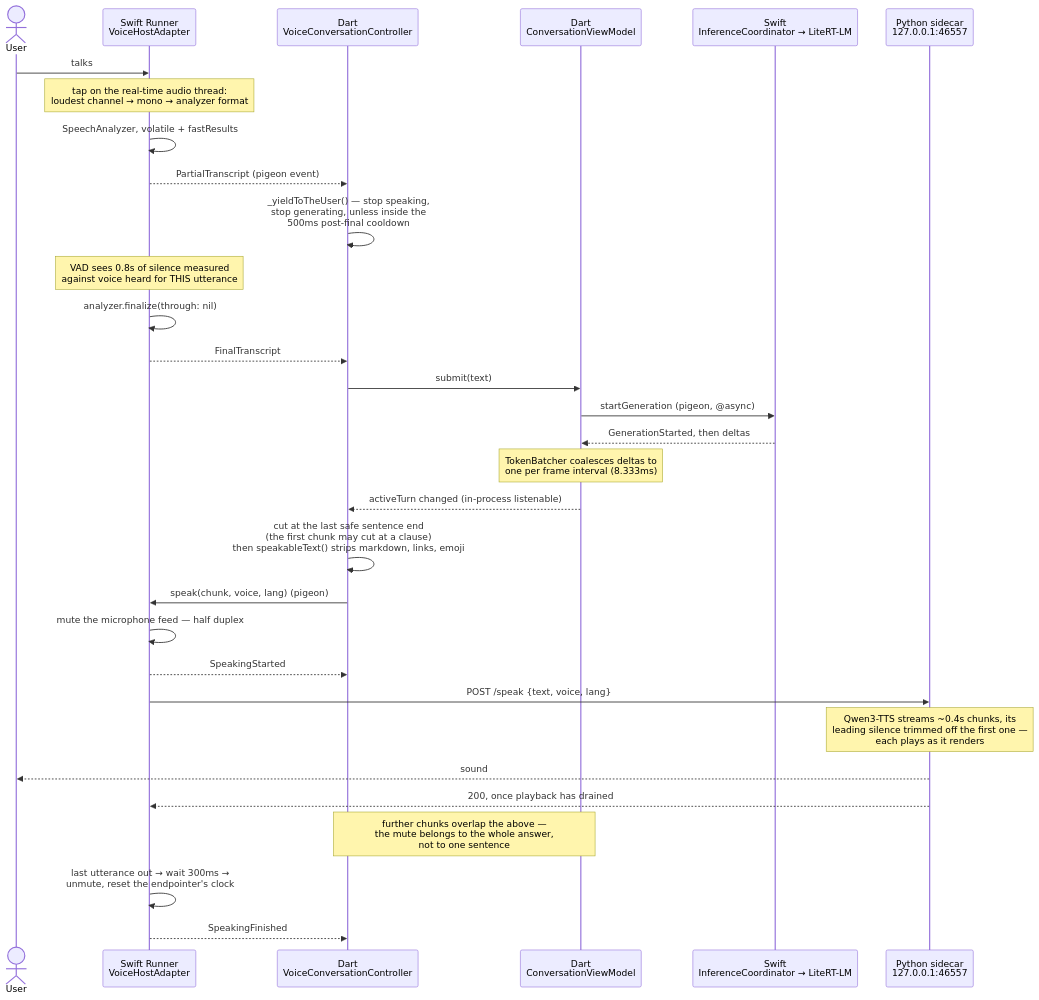
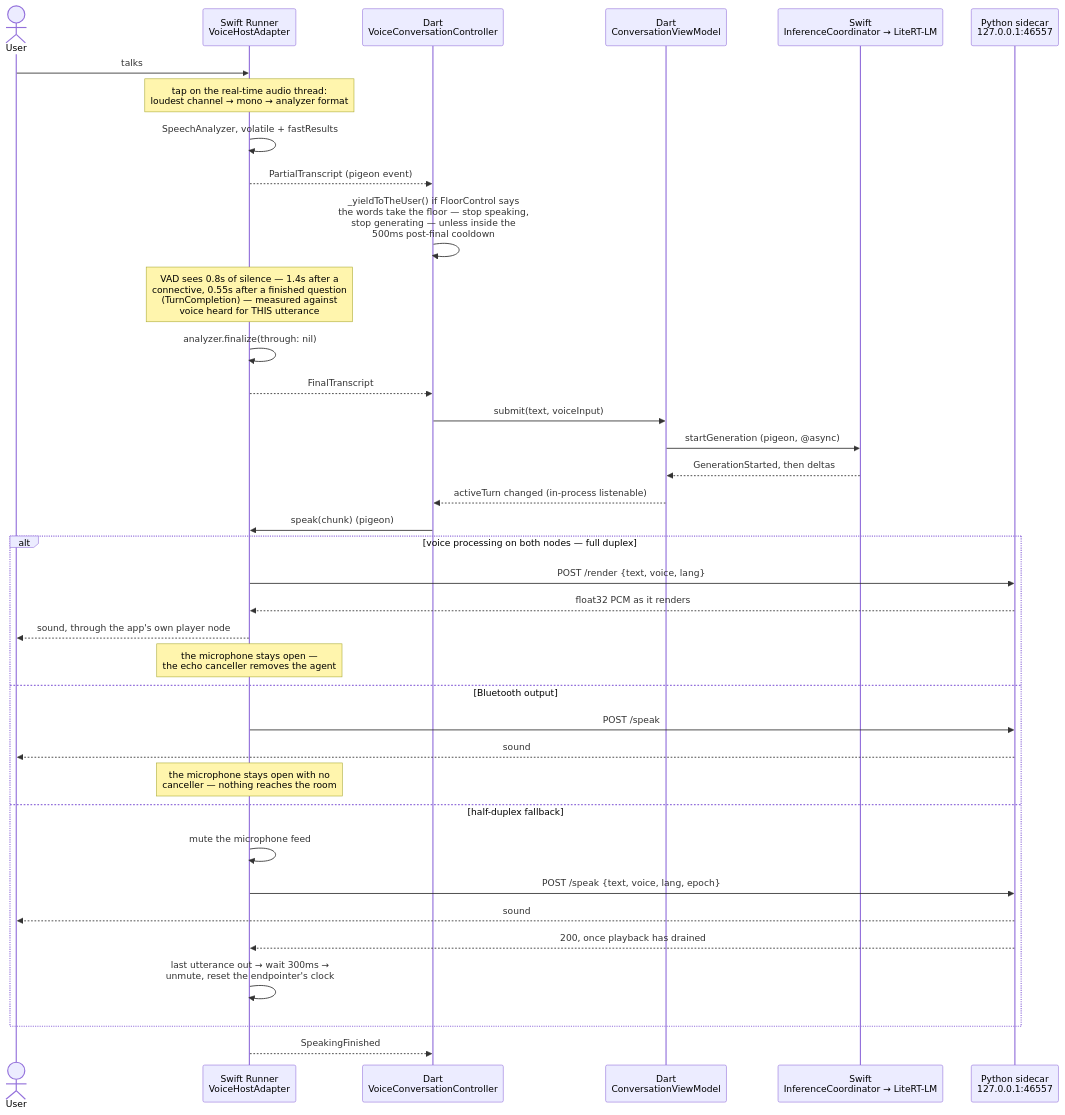
One commit to chyiiiiiiiiiiii/lulo changed the third of 4 diagrams in docs/architecture.md. Above: the diagram before and after it, drawn with Mermaid. The commit also changed other lines of this file and 10 other files, not shown here.

````diff
--- a/docs/architecture.md
+++ b/docs/architecture.md
@@ -143,37 +318,42 @@
 ```mermaid
 sequenceDiagram
     actor User
     participant Host as Swift Runner<br/>VoiceHostAdapter
     participant Voice as Dart<br/>VoiceConversationController
     participant Conv as Dart<br/>ConversationViewModel
     participant LLM as Swift<br/>InferenceCoordinator → LiteRT-LM
     participant TTS as Python sidecar<br/>127.0.0.1:46557
 
     User->>Host: talks
     Note over Host: tap on the real-time audio thread:<br/>loudest channel → mono → analyzer format
     Host->>Host: SpeechAnalyzer, volatile + fastResults
     Host-->>Voice: PartialTranscript (pigeon event)
-    Voice->>Voice: _yieldToTheUser() — stop speaking,<br/>stop generating, unless inside the<br/>500ms post-final cooldown
-    Note over Host: VAD sees 0.8s of silence measured<br/>against voice heard for THIS utterance
+    Voice->>Voice: _yieldToTheUser() if FloorControl says<br/>the words take the floor — stop speaking,<br/>stop generating — unless inside the<br/>500ms post-final cooldown
+    Note over Host: VAD sees 0.8s of silence — 1.4s after a<br/>connective, 0.55s after a finished question<br/>(TurnCompletion) — measured against<br/>voice heard for THIS utterance
     Host->>Host: analyzer.finalize(through: nil)
     Host-->>Voice: FinalTranscript
 
-    Voice->>Conv: submit(text)
+    Voice->>Conv: submit(text, voiceInput)
     Conv->>LLM: startGeneration (pigeon, @async)
     LLM-->>Conv: GenerationStarted, then deltas
-    Note over Conv: TokenBatcher coalesces deltas to<br/>one per frame interval (8.333ms)
     Conv-->>Voice: activeTurn changed (in-process listenable)
+    Voice->>Host: speak(chunk) (pigeon)
 
-    Voice->>Voice: cut at the last safe sentence end<br/>(the first chunk may cut at a clause)<br/>then speakableText() strips markdown, links, emoji
-    Voice->>Host: speak(chunk, voice, lang) (pigeon)
-    Host->>Host: mute the microphone feed — half duplex
-    Host-->>Voice: SpeakingStarted
-    Host->>TTS: POST /speak {text, voice, lang}
-    Note over TTS: Qwen3-TTS streams ~0.4s chunks, its<br/>leading silence trimmed off the first one —<br/>each plays as it renders
-    TTS-->>User: sound
-    TTS-->>Host: 200, once playback has drained
-
-    Note over Conv,Voice: further chunks overlap the above —<br/>the mute belongs to the whole answer,<br/>not to one sentence
-    Host->>Host: last utterance out → wait 300ms →<br/>unmute, reset the endpointer's clock
+    alt voice processing on both nodes — full duplex
+        Host->>TTS: POST /render {text, voice, lang}
+        TTS-->>Host: float32 PCM as it renders
+        Host-->>User: sound, through the app's own player node
+        Note over Host: the microphone stays open —<br/>the echo canceller removes the agent
+    else Bluetooth output
+        Host->>TTS: POST /speak
+        TTS-->>User: sound
+        Note over Host: the microphone stays open with no<br/>canceller — nothing reaches the room
+    else half-duplex fallback
+        Host->>Host: mute the microphone feed
+        Host->>TTS: POST /speak {text, voice, lang, epoch}
+        TTS-->>User: sound
+        TTS-->>Host: 200, once playback has drained
+        Host->>Host: last utterance out → wait 300ms →<br/>unmute, reset the endpointer's clock
+    end
     Host-->>Voice: SpeakingFinished
 ```
````
